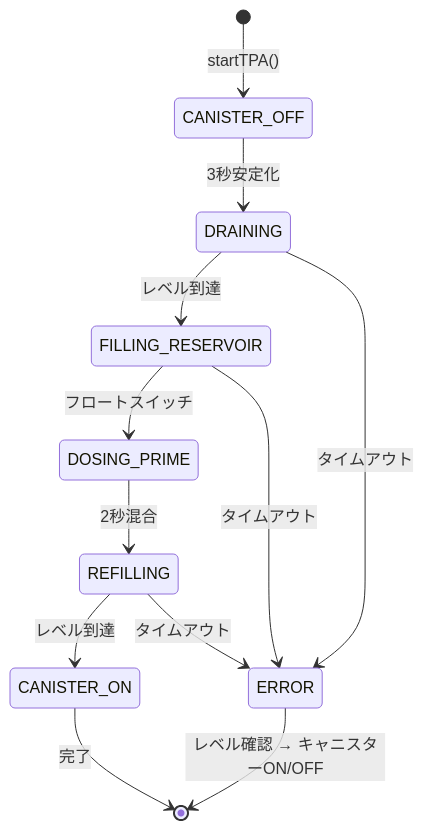
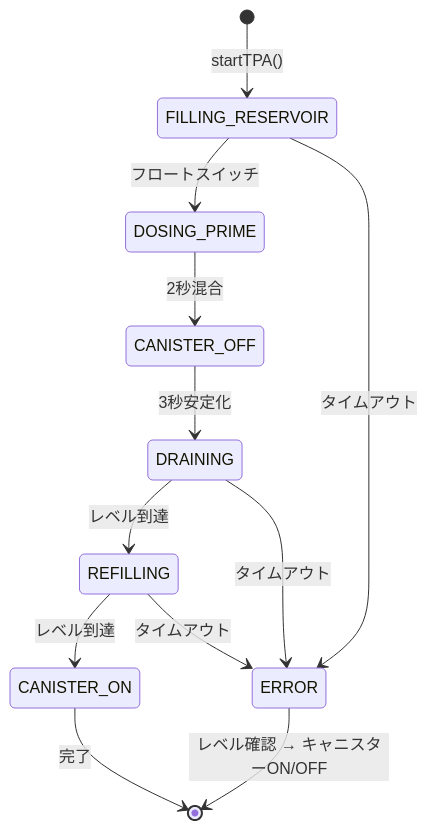
The first of 2 diagrams in README.ja.md (PhilipeGatis/IARA), drawn with Mermaid before and after one commit. The commit also changed other lines of this file and 6 other files, not shown here.

First line of the commit message:
fix: fill the reservoir before draining, and reject noise-sized calibrations

````diff
--- a/README.ja.md
+++ b/README.ja.md
@@ -75,15 +75,15 @@
 ```mermaid
 stateDiagram-v2
-    [*] --> CANISTER_OFF: startTPA()
+    [*] --> FILLING_RESERVOIR: startTPA()
+    FILLING_RESERVOIR --> DOSING_PRIME: フロートスイッチ
+    DOSING_PRIME --> CANISTER_OFF: 2秒混合
     CANISTER_OFF --> DRAINING: 3秒安定化
-    DRAINING --> FILLING_RESERVOIR: レベル到達
-    FILLING_RESERVOIR --> DOSING_PRIME: フロートスイッチ
-    DOSING_PRIME --> REFILLING: 2秒混合
+    DRAINING --> REFILLING: レベル到達
     REFILLING --> CANISTER_ON: レベル到達
     CANISTER_ON --> [*]: 完了
 
     DRAINING --> ERROR: タイムアウト
     FILLING_RESERVOIR --> ERROR: タイムアウト
     REFILLING --> ERROR: タイムアウト
     ERROR --> [*]: レベル確認 → キャニスターON/OFF
 ```
````
